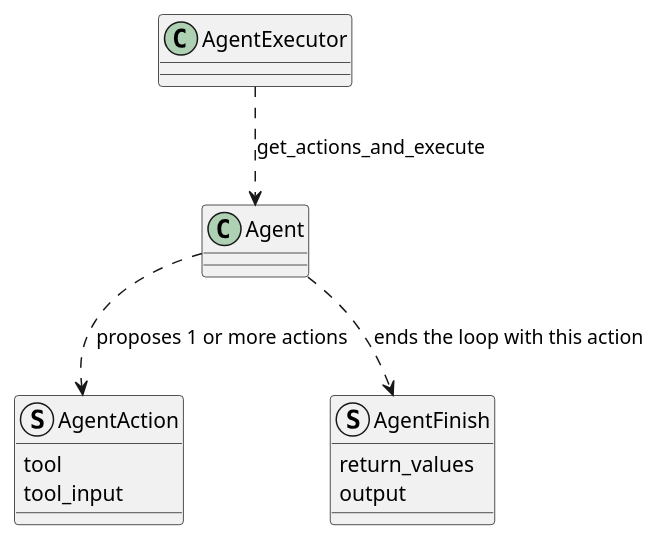
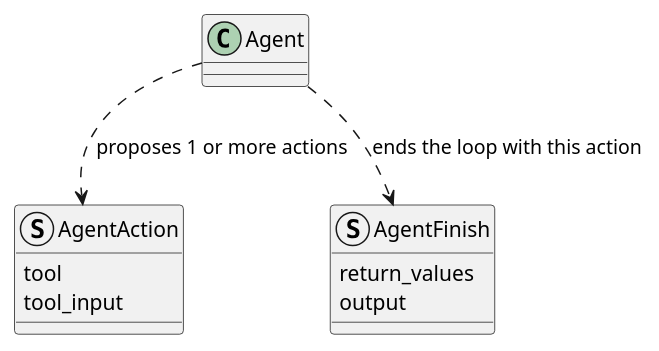
The diagram in LangChain/puml/agents-core-classes.puml (acloudfan/gen-ai-app-dev), drawn with PlantUML before and after one commit. The commit also changed 7 other files, not shown here.

```diff
--- a/LangChain/puml/agents-core-classes.puml
+++ b/LangChain/puml/agents-core-classes.puml
@@ -3,44 +3,44 @@
 @startuml
 
 
 ' This is a dataclass that represents the action an agent should take. 
 ' It has a tool property (which is the name of the tool that should be invoked) and a tool_input property (the input to that tool)
 ' https://api.python.langchain.com/en/latest/agents/langchain_core.agents.AgentAction.html
 ' https://api.python.langchain.com/en/latest/agents/langchain_core.agents.AgentAction.html#langchain_core.agents.AgentAction
 struct AgentAction{
     tool
     tool_input
 }
 
 ' This represents the final result from an agent, when it is ready to return to the user. 
 ' It contains a return_values key-value mapping, which contains the final agent output. 
 ' Usually, this contains an output key containing a string that is the agent's response.
 ' https://api.python.langchain.com/en/latest/agents/langchain_core.agents.AgentFinish.html
 struct AgentFinish {
     return_values
     output
 }
 
 ' These represent previous agent actions and corresponding outputs from this CURRENT agent run. 
 ' These are important to pass to future iteration so the agent knows what work it has already done. 
 ' This is typed as a List[Tuple[AgentAction, Any]]. Note that observation is currently left as type Any to be maximally flexible. 
 ' In practice, this is often a string.
 ' https://python.langchain.com/v0.1/docs/modules/agents/how_to/intermediate_steps/
 ' class IntermediateSteps{
 '     List[Tuple[AgentAction, Any]]
 ' }
 
 ' This is the chain responsible for deciding what step to take next.
 class Agent{}
 
 Agent ..> AgentAction : proposes 1 or more actions
 Agent ..> AgentFinish : ends the loop with this action
 
 ' The agent executor is the runtime for an agent. This is what actually calls the agent, 
 ' executes the actions it chooses, passes the action outputs back to the agent, and repeats.
-class AgentExecutor{}
+' class AgentExecutor{}
 
-AgentExecutor ..> Agent : get_actions_and_execute
+' AgentExecutor ..> Agent : get_actions_and_execute
 
 
 @enduml
```
